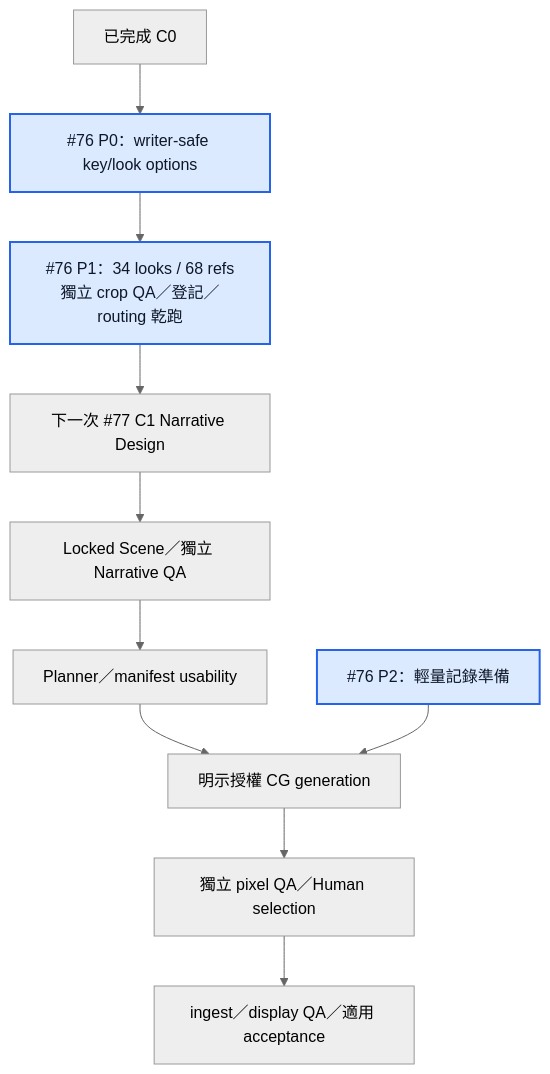
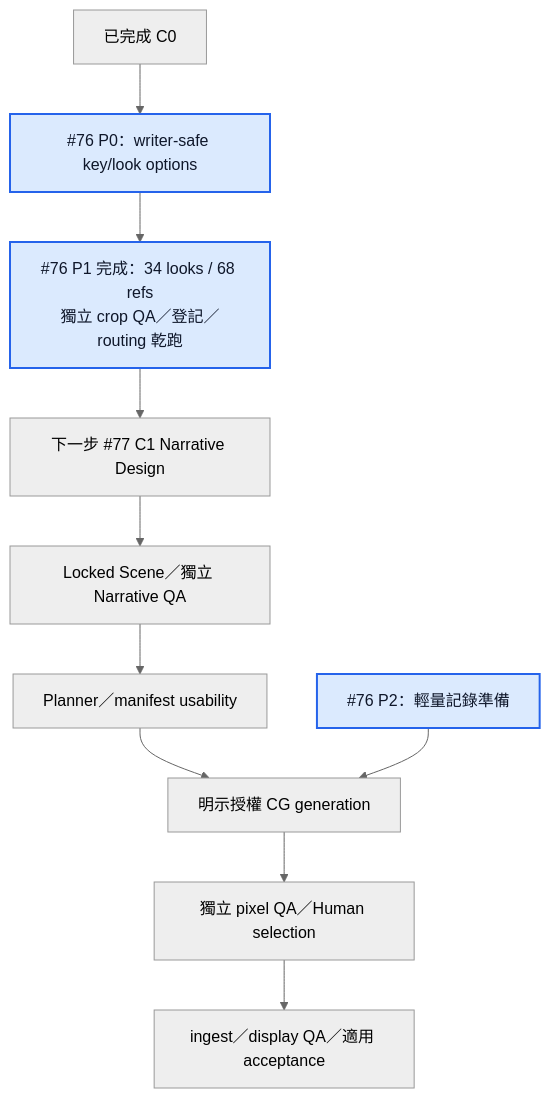
The fourth of 4 diagrams in ROADMAP.md (TsungmingLiu/seventeen-floor-neighbor), drawn with Mermaid (neutral theme) before and after one commit. The commit also changed other lines of this file and 3 other files, not shown here.

````diff
--- a/ROADMAP.md
+++ b/ROADMAP.md
@@ -545,14 +545,14 @@
 ```mermaid
 flowchart TD
     C0["已完成 C0"] --> OPTIONS["#76 P0：writer-safe key/look options"]
-    OPTIONS --> REFS["#76 P1：34 looks / 68 refs<br/>獨立 crop QA／登記／routing 乾跑"]
-    REFS --> C1["下一次 #77 C1 Narrative Design"]
+    OPTIONS --> REFS["#76 P1 完成：34 looks / 68 refs<br/>獨立 crop QA／登記／routing 乾跑"]
+    REFS --> C1["下一步 #77 C1 Narrative Design"]
     C1 --> LOCKED["Locked Scene／獨立 Narrative QA"]
     LOCKED --> PLAN["Planner／manifest usability"]
     PLAN --> RENDER["明示授權 CG generation"]
     TELEMETRY["#76 P2：輕量記錄準備"] --> RENDER
     RENDER --> VQA["獨立 pixel QA／Human selection"]
     VQA --> ADOPT["ingest／display QA／適用 acceptance"]
     classDef now fill:#dbeafe,stroke:#2563eb,stroke-width:2px,color:#0f172a;
     class OPTIONS,REFS,TELEMETRY now;
 ```
````
